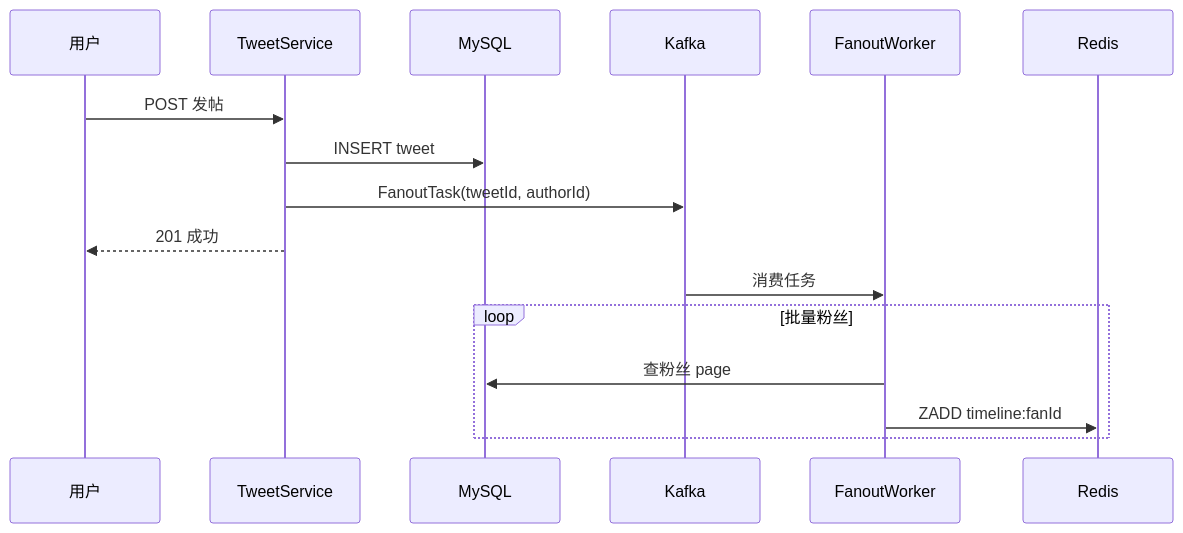
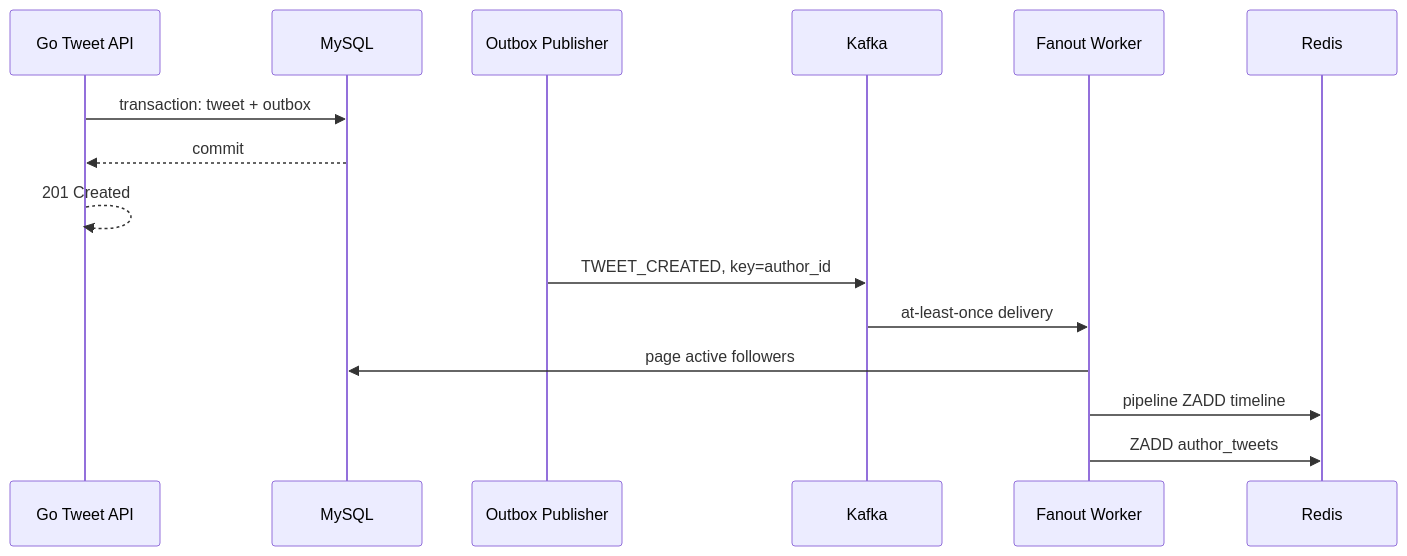
Before and after one commit to moqix26/study: the diagram in 后端学习/系统设计/09-Feed流与时间线设计.md, drawn with Mermaid. The commit also changed other lines of this file and 202 other files, not shown here.

````diff
--- a/后端学习/系统设计/09-Feed流与时间线设计.md
+++ b/后端学习/系统设计/09-Feed流与时间线设计.md
@@ -292,20 +272,18 @@
 ```mermaid
 sequenceDiagram
-    participant U as 用户
-    participant TS as TweetService
+    participant API as Go Tweet API
     participant DB as MySQL
-    participant MQ as Kafka
-    participant FO as FanoutWorker
+    participant OB as Outbox Publisher
+    participant K as Kafka
+    participant W as Fanout Worker
     participant R as Redis
 
-    U->>TS: POST 发帖
-    TS->>DB: INSERT tweet
-    TS->>MQ: FanoutTask(tweetId, authorId)
-    TS-->>U: 201 成功
-
-    MQ->>FO: 消费任务
-    loop 批量粉丝
-        FO->>DB: 查粉丝 page
-        FO->>R: ZADD timeline:fanId
-    end
+    API->>DB: transaction: tweet + outbox
+    DB-->>API: commit
+    API-->>API: 201 Created
+    OB->>K: TWEET_CREATED, key=author_id
+    K->>W: at-least-once delivery
+    W->>DB: page active followers
+    W->>R: pipeline ZADD timeline
+    W->>R: ZADD author_tweets
 ```
````
